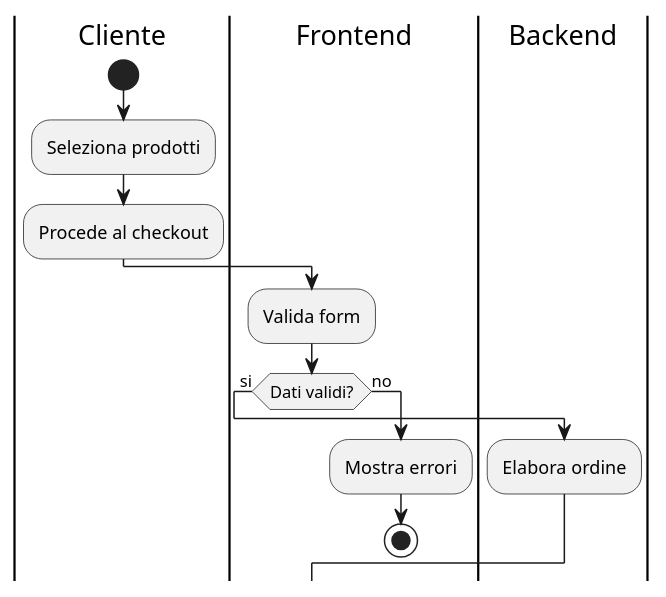
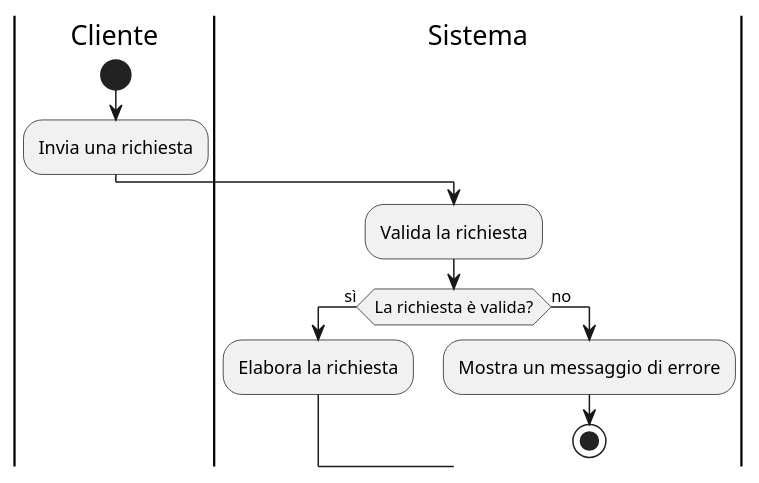
One commit to Seniorsimo/sas-template changed the third of 4 diagrams in 03-behavioral-diagrams/activity-diagrams/INSTRUCTIONS.md. Above: the diagram before and after it, drawn with PlantUML. The commit also changed other lines of this file and 9 other files, not shown here.

Commit message:
Refactor diagram instructions and templates

````diff
--- a/03-behavioral-diagrams/activity-diagrams/INSTRUCTIONS.md
+++ b/03-behavioral-diagrams/activity-diagrams/INSTRUCTIONS.md
@@ -141,17 +39,14 @@
-```plantuml
-|Cliente|
-start
-:Seleziona prodotti;
-:Procede al checkout;
+    ```plantuml
+    |Cliente|
+    start
+    :Invia una richiesta;
 
-|Frontend|
-:Valida form;
-if (Dati validi?) then (si)
-  |Backend|
-  :Elabora ordine;
-else (no)
-  |Frontend|
-  :Mostra errori;
-  stop
-endif
-```
+    |Sistema|
+    :Valida la richiesta;
+    if (La richiesta è valida?) then (sì)
+      :Elabora la richiesta;
+    else (no)
+      :Mostra un messaggio di errore;
+      stop
+    endif
+    ```
````
